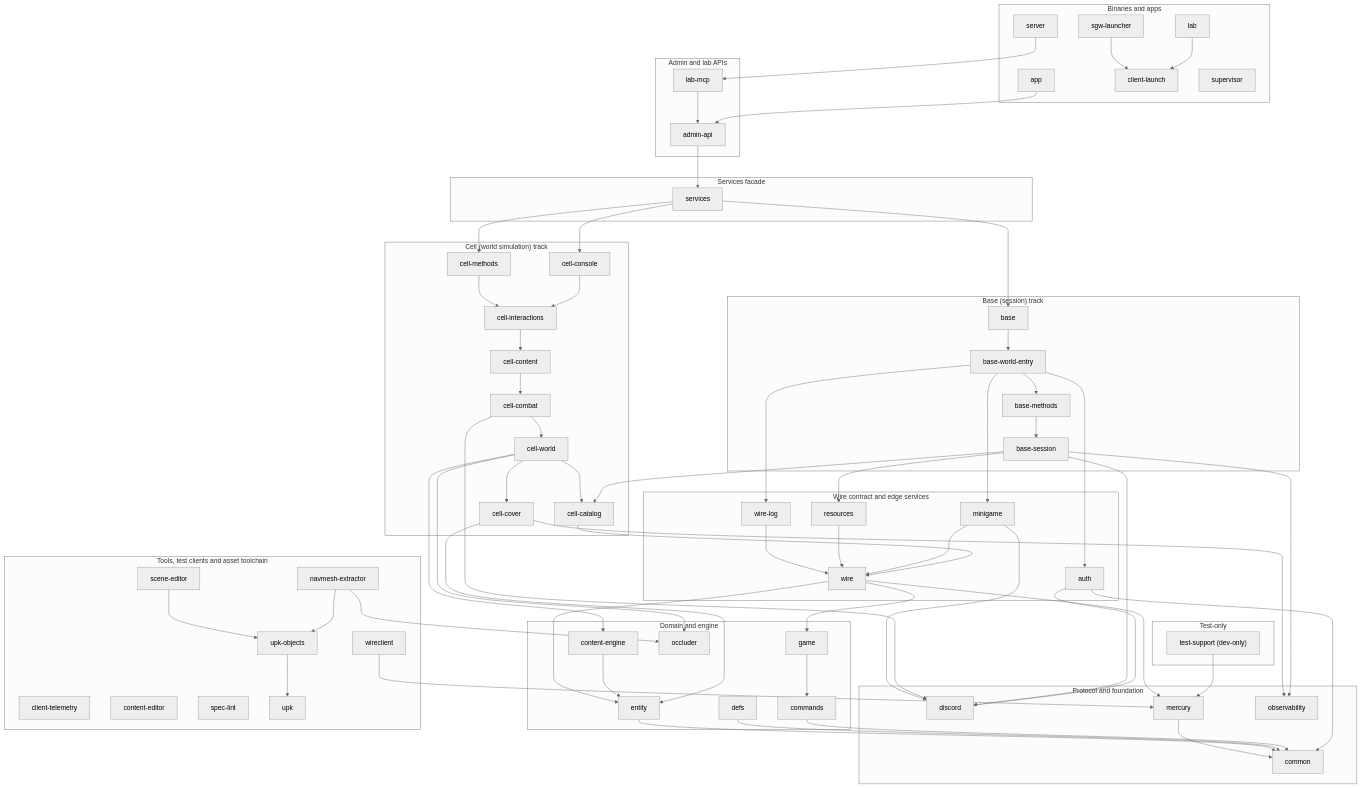
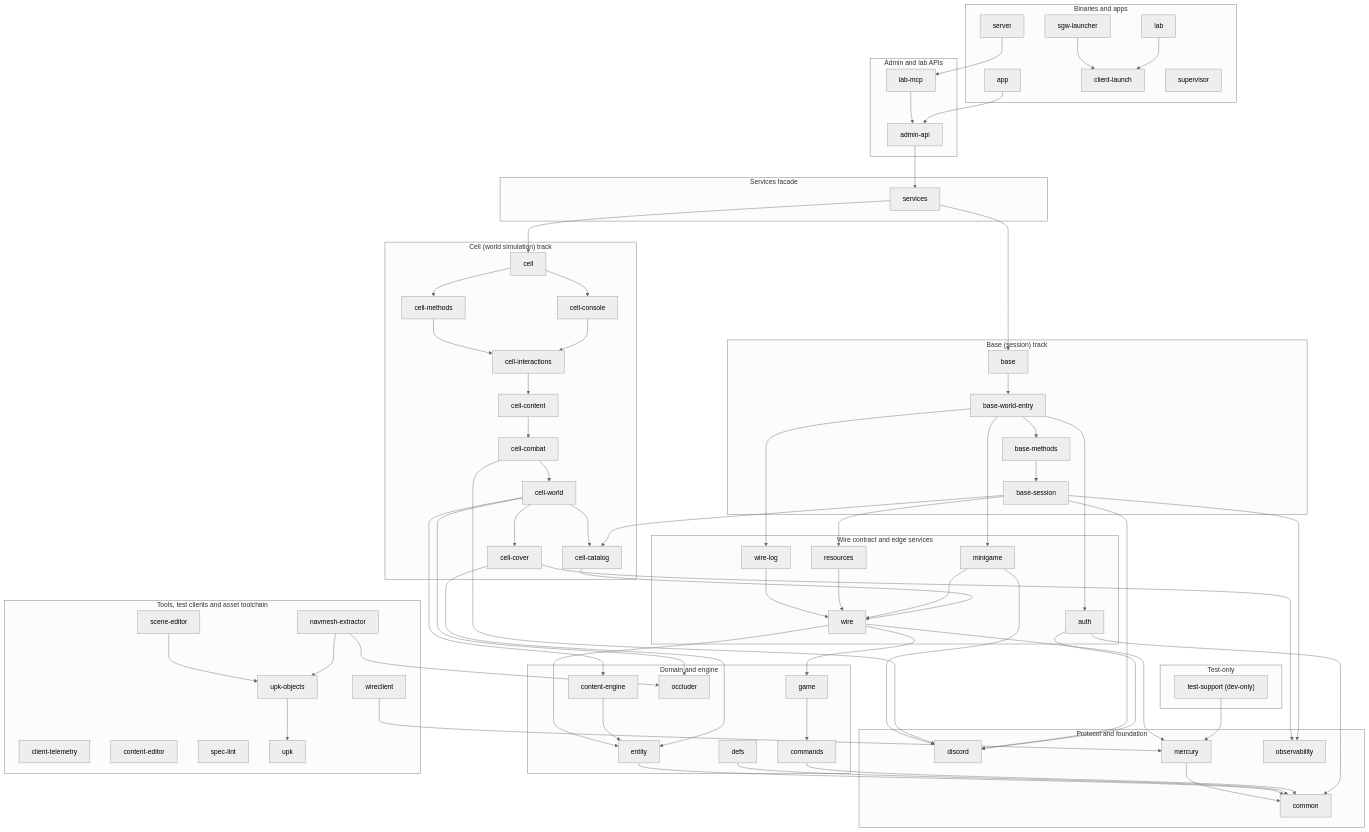
Before and after one commit to SandboxServers/Cimmeria: the diagram in README.md, drawn with Mermaid. The commit also changed other lines of this file and 38 other files, not shown here.

```diff
--- a/README.md
+++ b/README.md
@@ -114,6 +114,7 @@
         services["services"]
     end
     subgraph grp_cell["Cell (world simulation) track"]
+        cell["cell"]
         cellCatalog["cell-catalog"]
         cellCombat["cell-combat"]
         cellConsole["cell-console"]
@@ -177,6 +178,8 @@
     baseWorldEntry --> baseMethods
     baseWorldEntry --> minigame
     baseWorldEntry --> wireLog
+    cell --> cellConsole
+    cell --> cellMethods
     cellCatalog --> wire
     cellCombat --> cellWorld
     cellCombat --> discord
@@ -206,8 +209,7 @@
     sceneEditor --> upkObjects
     server --> labMcp
     services --> base
-    services --> cellConsole
-    services --> cellMethods
+    services --> cell
     testSupport --> mercury
     upkObjects --> upk
     wire --> entity
```
